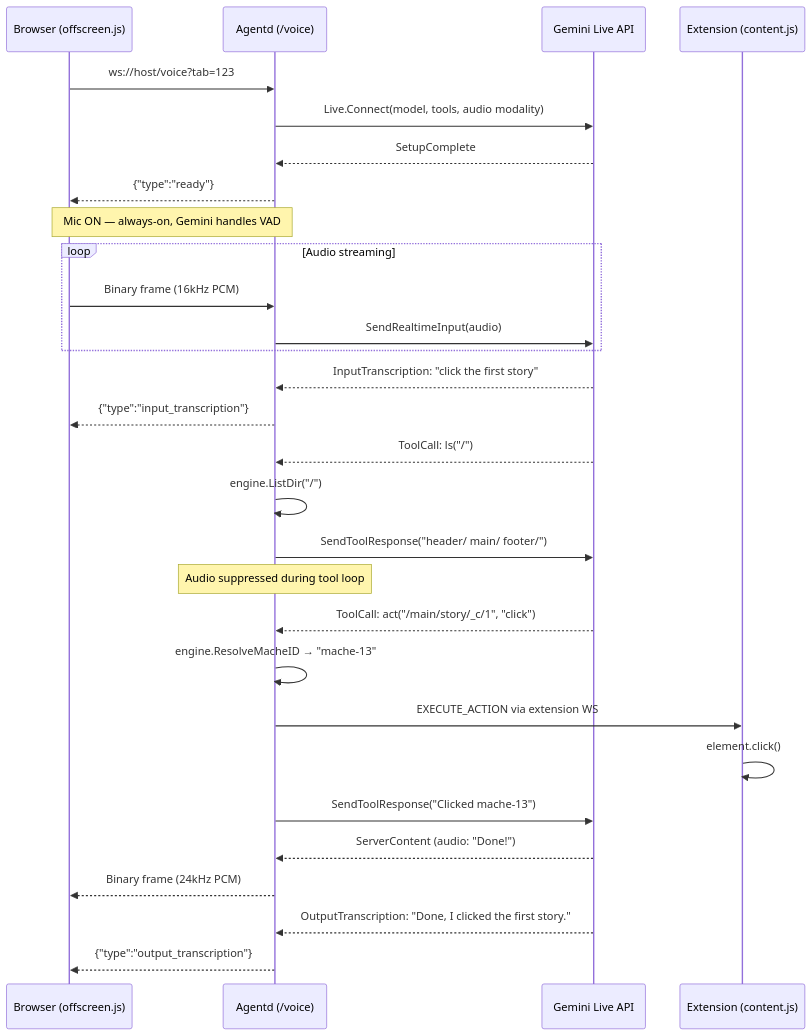
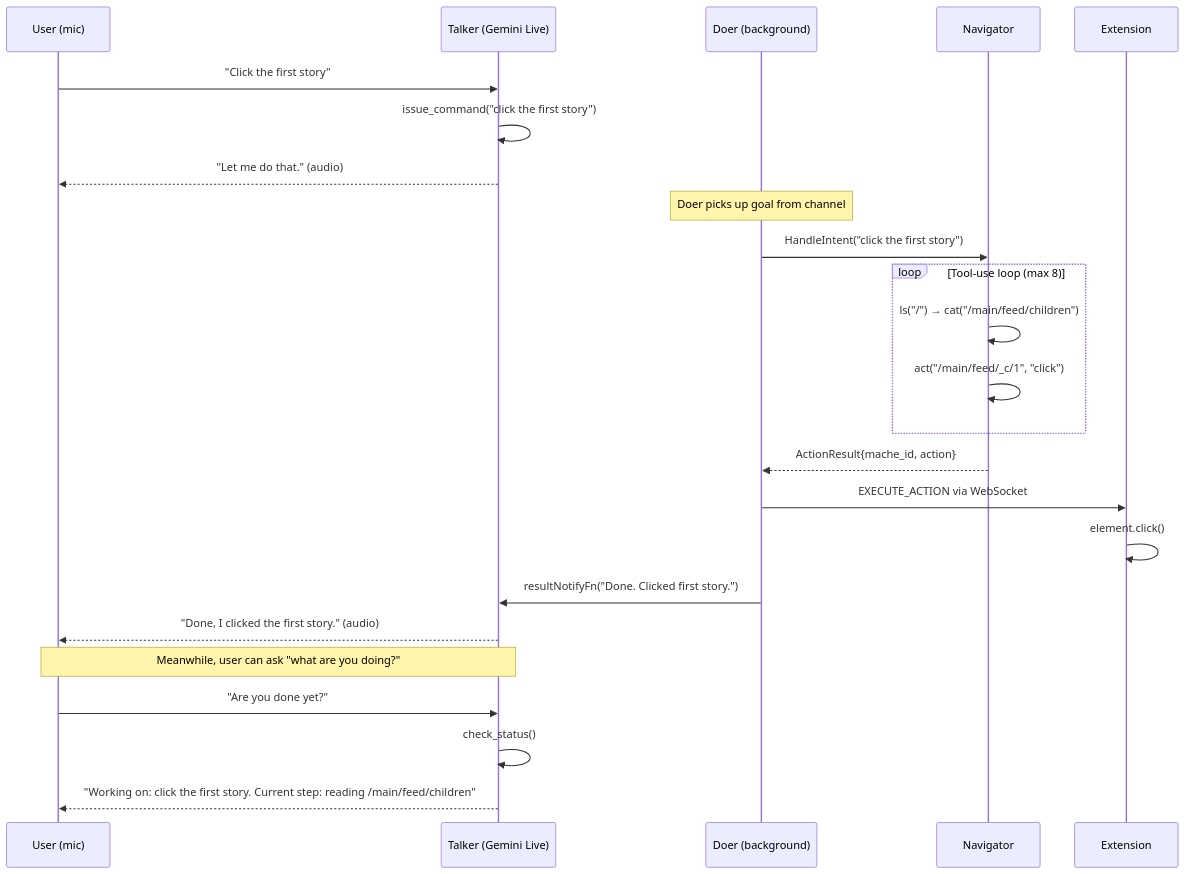
The second of 8 diagrams in docs/ARCHITECTURE.md (agentic-research/x-ray), drawn with Mermaid before and after one commit. The commit also changed other lines of this file and 2 other files, not shown here.

First line of the commit message:
docs: Update ARCHITECTURE.md, README quick start, and Taskfile deps

````diff
--- a/docs/ARCHITECTURE.md
+++ b/docs/ARCHITECTURE.md
@@ -124,39 +61,31 @@
 ```mermaid
 sequenceDiagram
-    participant B as Browser (offscreen.js)
-    participant A as Agentd (/voice)
-    participant G as Gemini Live API
-    participant E as Extension (content.js)
+    participant U as User (mic)
+    participant T as Talker (Gemini Live)
+    participant D as Doer (background)
+    participant N as Navigator
+    participant E as Extension
 
-    B->>A: ws://host/voice?tab=123
-    A->>G: Live.Connect(model, tools, audio modality)
-    G-->>A: SetupComplete
-    A-->>B: {"type":"ready"}
+    U->>T: "Click the first story"
+    T->>T: issue_command("click the first story")
+    T-->>U: "Let me do that." (audio)
 
-    Note over B,A: Mic ON — always-on, Gemini handles VAD
+    Note over D: Doer picks up goal from channel
 
-    loop Audio streaming
-        B->>A: Binary frame (16kHz PCM)
-        A->>G: SendRealtimeInput(audio)
+    D->>N: HandleIntent("click the first story")
+    loop Tool-use loop (max 8)
+        N->>N: ls("/") → cat("/main/feed/children")
+        N->>N: act("/main/feed/_c/1", "click")
     end
+    N-->>D: ActionResult{mache_id, action}
+    D->>E: EXECUTE_ACTION via WebSocket
+    E->>E: element.click()
 
-    G-->>A: InputTranscription: "click the first story"
-    A-->>B: {"type":"input_transcription"}
+    D->>T: resultNotifyFn("Done. Clicked first story.")
+    T-->>U: "Done, I clicked the first story." (audio)
 
-    G-->>A: ToolCall: ls("/")
-    A->>A: engine.ListDir("/")
-    A->>G: SendToolResponse("header/ main/ footer/")
-
-    Note over A: Audio suppressed during tool loop
-
-    G-->>A: ToolCall: act("/main/story/_c/1", "click")
-    A->>A: engine.ResolveMacheID → "mache-13"
-    A->>E: EXECUTE_ACTION via extension WS
-    E->>E: element.click()
-    A->>G: SendToolResponse("Clicked mache-13")
-
-    G-->>A: ServerContent (audio: "Done!")
-    A-->>B: Binary frame (24kHz PCM)
-    G-->>A: OutputTranscription: "Done, I clicked the first story."
-    A-->>B: {"type":"output_transcription"}
+    Note over U,T: Meanwhile, user can ask "what are you doing?"
+    U->>T: "Are you done yet?"
+    T->>T: check_status()
+    T-->>U: "Working on: click the first story. Current step: reading /main/feed/children"
 ```
````
